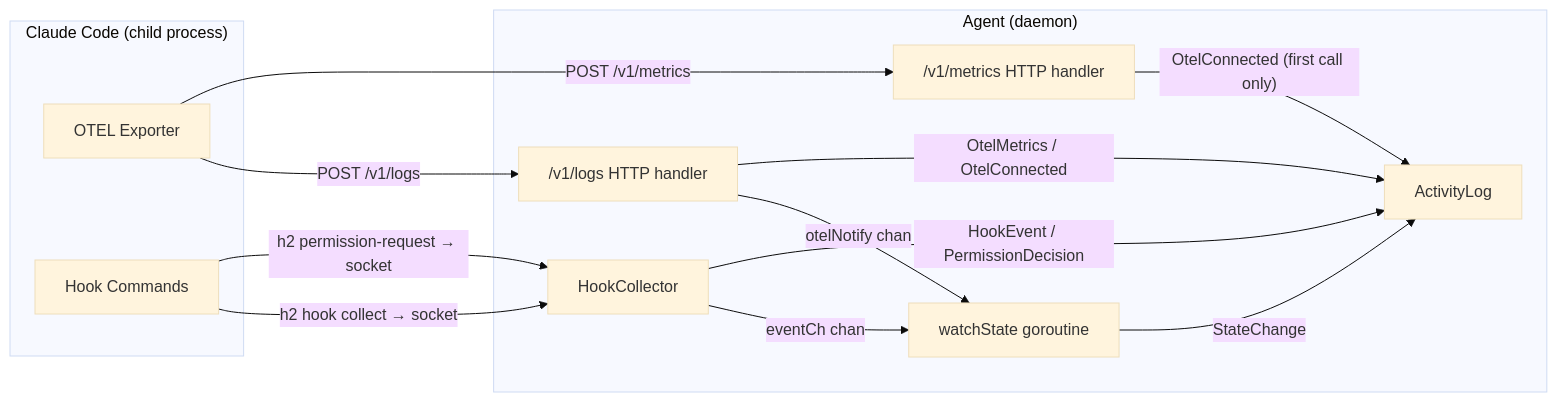
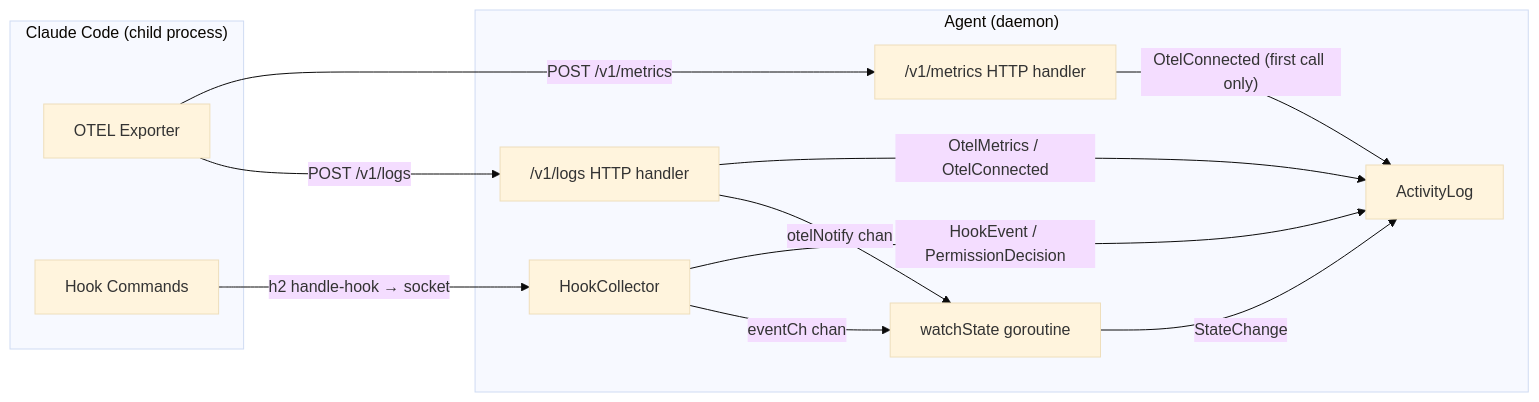
One commit to dcosson/h2 changed the fourth of 4 diagrams in ARCHITECTURE.md. Above: the diagram before and after it, drawn with Mermaid (base theme). The commit also changed 15 other files, not shown here.

First line of the commit message:
Unify hook commands into h2 handle-hook and fix permission state race

````diff
--- a/ARCHITECTURE.md
+++ b/ARCHITECTURE.md
@@ -155,27 +155,26 @@
 ```mermaid
 flowchart LR
     subgraph "Claude Code (child process)"
         CC_OTEL["OTEL Exporter"]
         CC_HOOKS["Hook Commands"]
     end
 
     subgraph "Agent (daemon)"
         OTEL_HTTP["/v1/logs HTTP handler"]
         OTEL_METRICS["/v1/metrics HTTP handler"]
         HC["HookCollector"]
         SM["watchState goroutine"]
         AL["ActivityLog"]
     end
 
     CC_OTEL -->|"POST /v1/logs"| OTEL_HTTP
     CC_OTEL -->|"POST /v1/metrics"| OTEL_METRICS
-    CC_HOOKS -->|"h2 hook collect → socket"| HC
-    CC_HOOKS -->|"h2 permission-request → socket"| HC
+    CC_HOOKS -->|"h2 handle-hook → socket"| HC
 
     OTEL_HTTP -->|"otelNotify chan"| SM
     OTEL_HTTP -->|"OtelMetrics / OtelConnected"| AL
     OTEL_METRICS -->|"OtelConnected (first call only)"| AL
     HC -->|"eventCh chan"| SM
     HC -->|"HookEvent / PermissionDecision"| AL
     SM -->|"StateChange"| AL
 ```
````
